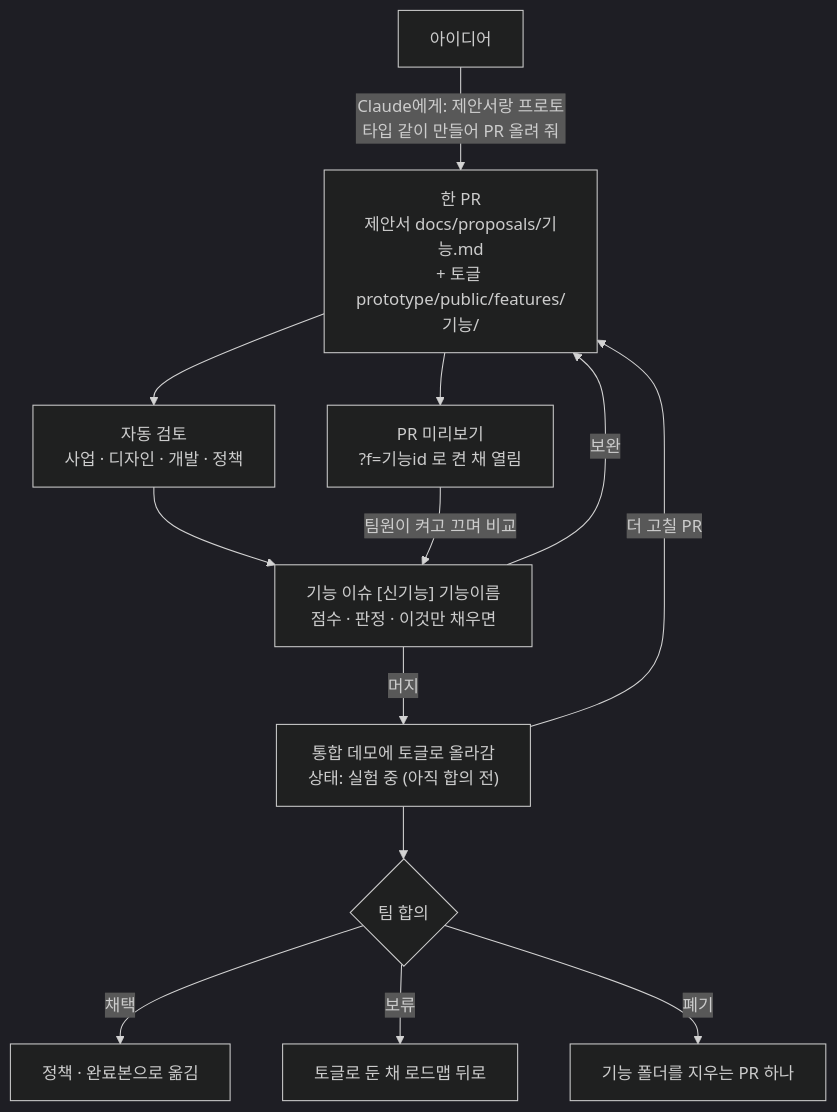
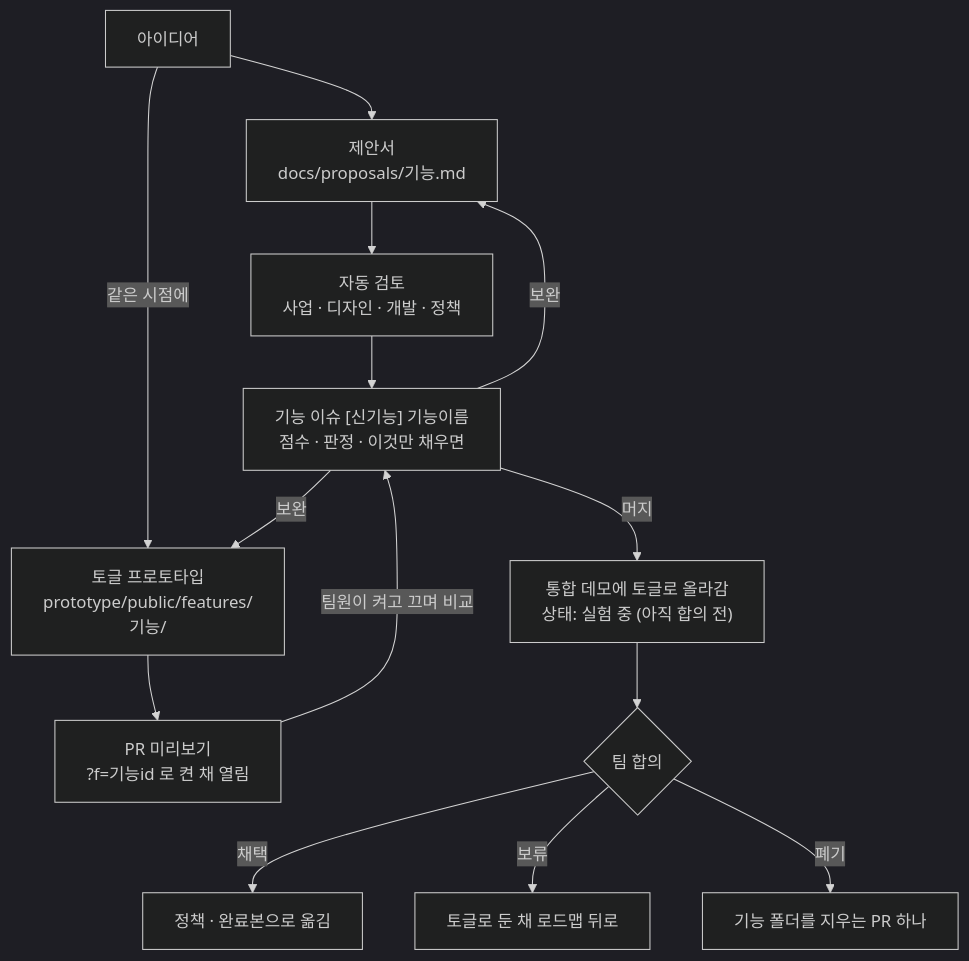
Before and after one commit to jincode93/DANGJANG: the second of 2 diagrams in README.md, drawn with Mermaid (dark theme). The commit also changed other lines of this file, not shown here.

Commit message:
README: 제안서와 프로토타입은 같은 PR이 아니라 같은 시점에 만든다로 고침

````diff
--- a/README.md
+++ b/README.md
@@ -90,15 +90,16 @@
 ```mermaid
 flowchart TD
-  A["아이디어"] -->|"Claude에게: 제안서랑 프로토타입 같이 만들어 PR 올려 줘"| B["한 PR<br>제안서 docs/proposals/기능.md<br>+ 토글 prototype/public/features/기능/"]
-  B --> C["자동 검토<br>사업 · 디자인 · 개발 · 정책"]
-  B --> P["PR 미리보기<br>?f=기능id 로 켠 채 열림"]
+  A["아이디어"] --> B1["제안서<br>docs/proposals/기능.md"]
+  A -->|같은 시점에| B2["토글 프로토타입<br>prototype/public/features/기능/"]
+  B1 --> C["자동 검토<br>사업 · 디자인 · 개발 · 정책"]
+  B2 --> P["PR 미리보기<br>?f=기능id 로 켠 채 열림"]
   C --> E["기능 이슈 [신기능] 기능이름<br>점수 · 판정 · 이것만 채우면"]
   P -->|팀원이 켜고 끄며 비교| E
-  E -->|보완| B
+  E -->|보완| B1
+  E -->|보완| B2
   E -->|머지| F["통합 데모에 토글로 올라감<br>상태: 실험 중 (아직 합의 전)"]
-  F -->|더 고칠 PR| B
   F --> G{"팀 합의"}
   G -->|채택| I["정책 · 완료본으로 옮김"]
   G -->|보류| K["토글로 둔 채 로드맵 뒤로"]
   G -->|폐기| J["기능 폴더를 지우는 PR 하나"]
 ```
````
